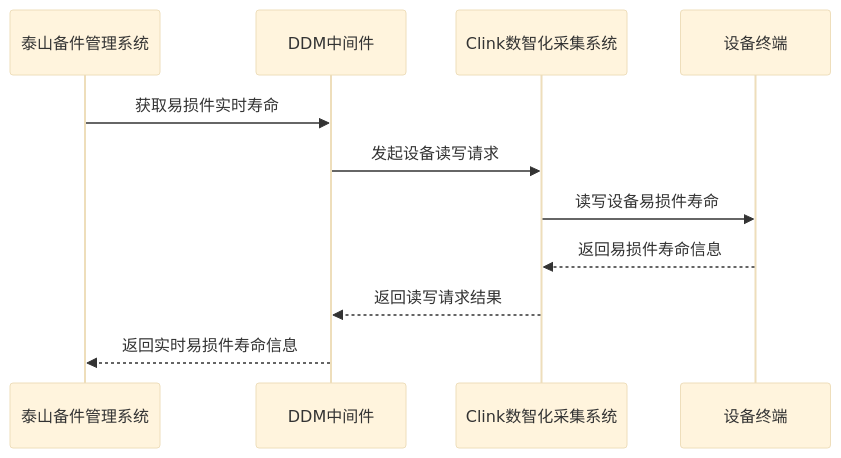
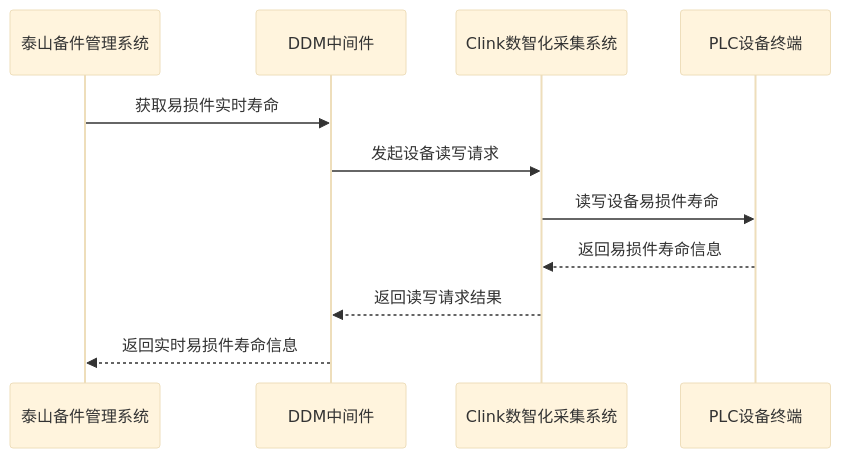
Before and after one commit to FlyingEyeOrg/mydocument: the diagram in 易损件管理系统原型设计.md, drawn with Mermaid (base theme).

````diff
--- a/易损件管理系统原型设计.md
+++ b/易损件管理系统原型设计.md
@@ -4,15 +4,15 @@
 ```mermaid
 sequenceDiagram
     participant 泰山备件管理系统
     participant DDM中间件
     participant Clink数智化采集系统
-    participant 设备终端
+    participant PLC设备终端
 
     泰山备件管理系统->>DDM中间件: 获取易损件实时寿命
     DDM中间件->>Clink数智化采集系统: 发起设备读写请求
-    Clink数智化采集系统->>设备终端: 读写设备易损件寿命
+    Clink数智化采集系统->>PLC设备终端: 读写设备易损件寿命
 
-    设备终端-->>Clink数智化采集系统: 返回易损件寿命信息
+    PLC设备终端-->>Clink数智化采集系统: 返回易损件寿命信息
     Clink数智化采集系统-->>DDM中间件: 返回读写请求结果
     DDM中间件-->>泰山备件管理系统: 返回实时易损件寿命信息
 ```
````
